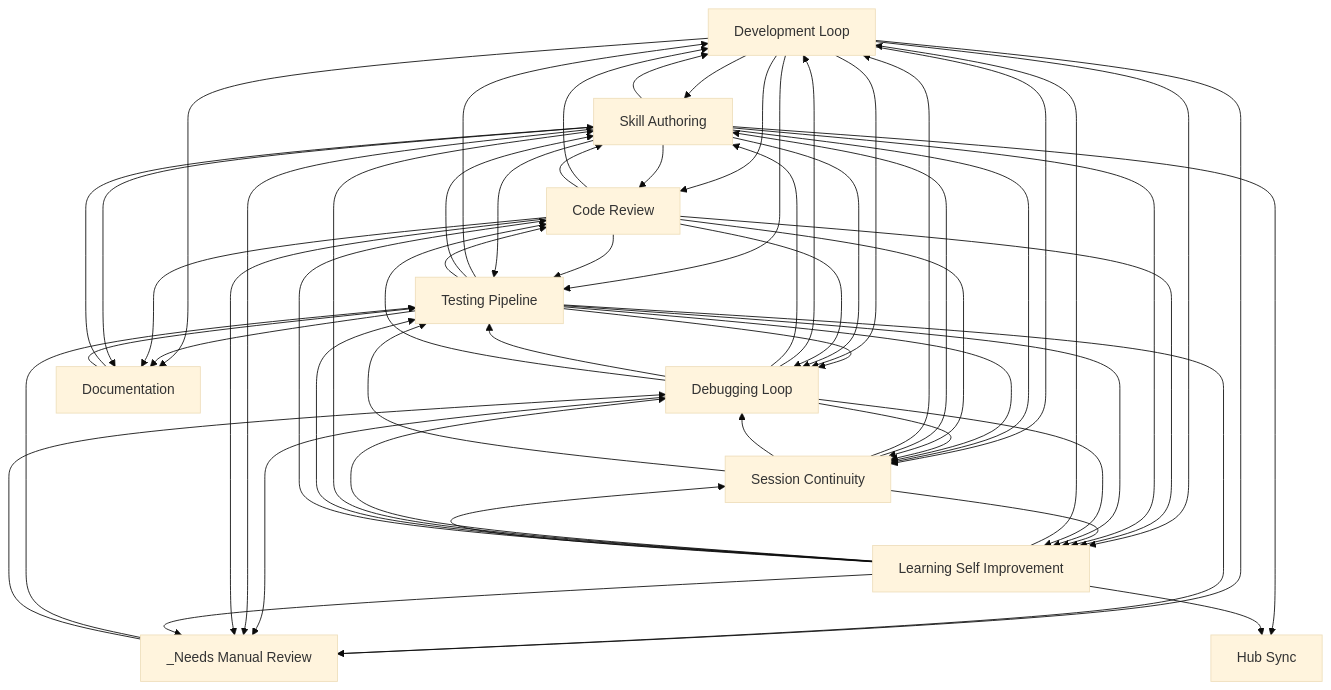
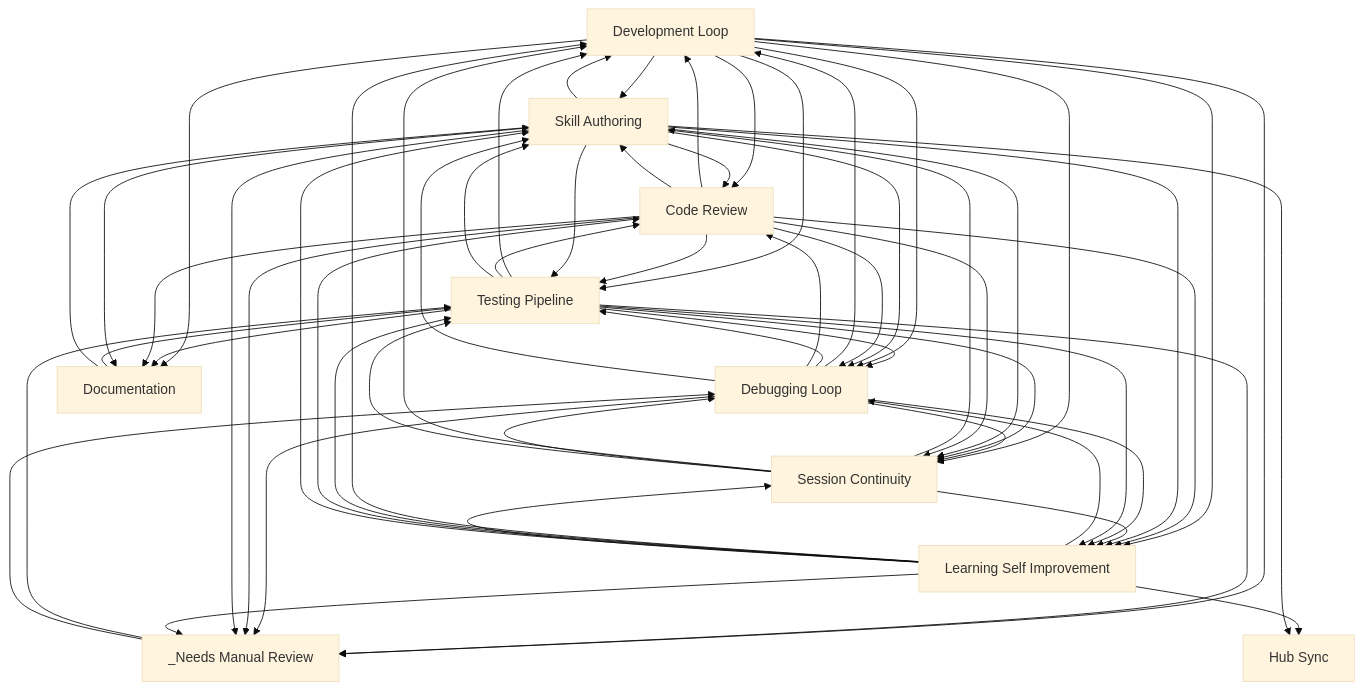
Before and after one commit to abhayla/claude-best-practices: the diagram in docs/workflows/INDEX.md, drawn with Mermaid (base theme). The commit also changed other lines of this file and 12 other files, not shown here.

````diff
--- a/docs/workflows/INDEX.md
+++ b/docs/workflows/INDEX.md
@@ -22,70 +22,70 @@
 ```mermaid
 graph TD
     development_loop[Development Loop]
     testing_pipeline[Testing Pipeline]
     debugging_loop[Debugging Loop]
     learning_self_improvement[Learning Self Improvement]
     session_continuity[Session Continuity]
     skill_authoring[Skill Authoring]
     code_review[Code Review]
     documentation[Documentation]
     hub_sync[Hub Sync]
     _needs_manual_review[_Needs Manual Review]
+    documentation --> testing_pipeline
     documentation --> skill_authoring
-    documentation --> testing_pipeline
     development_loop --> skill_authoring
     development_loop --> code_review
     code_review --> development_loop
     code_review --> skill_authoring
     development_loop --> testing_pipeline
     development_loop --> learning_self_improvement
     code_review --> testing_pipeline
     code_review --> learning_self_improvement
+    testing_pipeline --> debugging_loop
     testing_pipeline --> development_loop
-    testing_pipeline --> debugging_loop
+    testing_pipeline --> code_review
     testing_pipeline --> skill_authoring
-    testing_pipeline --> code_review
     debugging_loop --> development_loop
-    debugging_loop --> skill_authoring
     debugging_loop --> testing_pipeline
     debugging_loop --> code_review
+    debugging_loop --> skill_authoring
     development_loop --> debugging_loop
     skill_authoring --> development_loop
     skill_authoring --> code_review
     skill_authoring --> testing_pipeline
     skill_authoring --> learning_self_improvement
     development_loop --> _needs_manual_review
     testing_pipeline --> _needs_manual_review
     development_loop --> documentation
     testing_pipeline --> documentation
     code_review --> documentation
+    session_continuity --> learning_self_improvement
     development_loop --> session_continuity
-    session_continuity --> learning_self_improvement
     _needs_manual_review --> testing_pipeline
+    debugging_loop --> session_continuity
+    testing_pipeline --> session_continuity
     skill_authoring --> session_continuity
-    testing_pipeline --> session_continuity
-    debugging_loop --> session_continuity
     skill_authoring --> debugging_loop
     _needs_manual_review --> debugging_loop
+    debugging_loop --> learning_self_improvement
     testing_pipeline --> learning_self_improvement
-    debugging_loop --> learning_self_improvement
+    learning_self_improvement --> debugging_loop
     learning_self_improvement --> development_loop
-    learning_self_improvement --> debugging_loop
-    learning_self_improvement --> skill_authoring
     learning_self_improvement --> testing_pipeline
     learning_self_improvement --> code_review
+    learning_self_improvement --> skill_authoring
     code_review --> debugging_loop
     debugging_loop --> _needs_manual_review
+    code_review --> _needs_manual_review
     skill_authoring --> _needs_manual_review
-    code_review --> _needs_manual_review
+    learning_self_improvement --> session_continuity
     code_review --> session_continuity
-    learning_self_improvement --> session_continuity
     session_continuity --> skill_authoring
     session_continuity --> development_loop
     session_continuity --> debugging_loop
     session_continuity --> testing_pipeline
+    learning_self_improvement --> hub_sync
     skill_authoring --> hub_sync
-    learning_self_improvement --> hub_sync
     learning_self_improvement --> _needs_manual_review
     skill_authoring --> documentation
 ```
````
